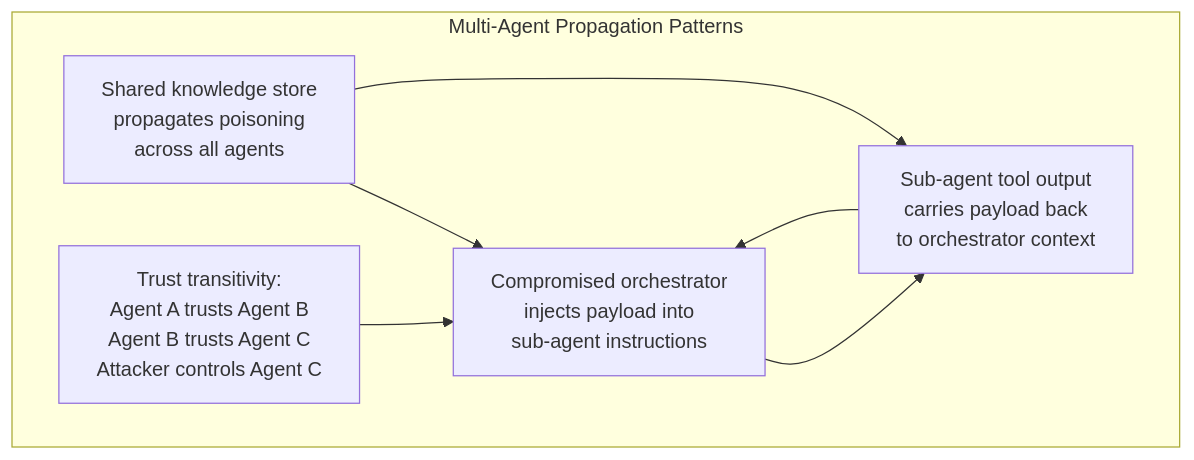
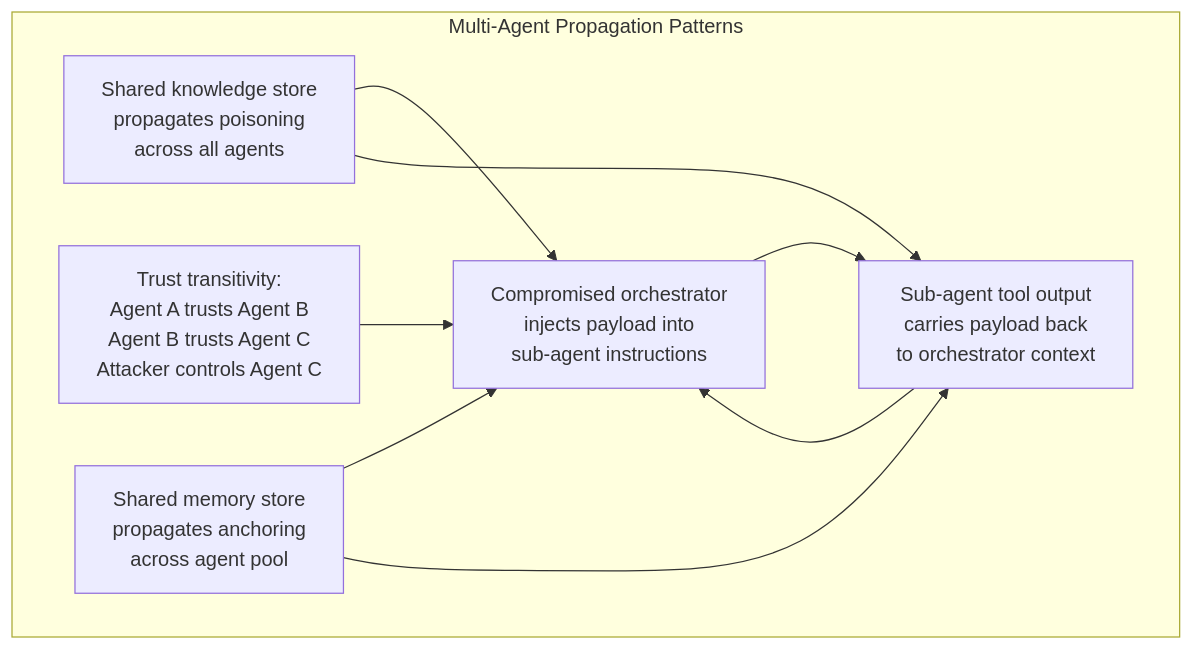
The third of 5 diagrams in mcp/redteam/agentic__.md (babywyrm/sysadmin), drawn with Mermaid before and after one commit. The commit also changed other lines of this file, not shown here.

````diff
--- a/mcp/redteam/agentic__.md
+++ b/mcp/redteam/agentic__.md
@@ -391,15 +693,18 @@
 ```mermaid
 flowchart TD
     subgraph propagation ["Multi-Agent Propagation Patterns"]
         P1[Compromised orchestrator\ninjects payload into\nsub-agent instructions]
         P2[Sub-agent tool output\ncarries payload back\nto orchestrator context]
         P3[Shared knowledge store\npropagates poisoning\nacross all agents]
         P4[Trust transitivity:\nAgent A trusts Agent B\nAgent B trusts Agent C\nAttacker controls Agent C]
+        P5[Shared memory store\npropagates anchoring\nacross agent pool]
 
         P1 --> P2
         P2 --> P1
         P3 --> P1
         P3 --> P2
         P4 --> P1
+        P5 --> P1
+        P5 --> P2
     end
 ```
````
